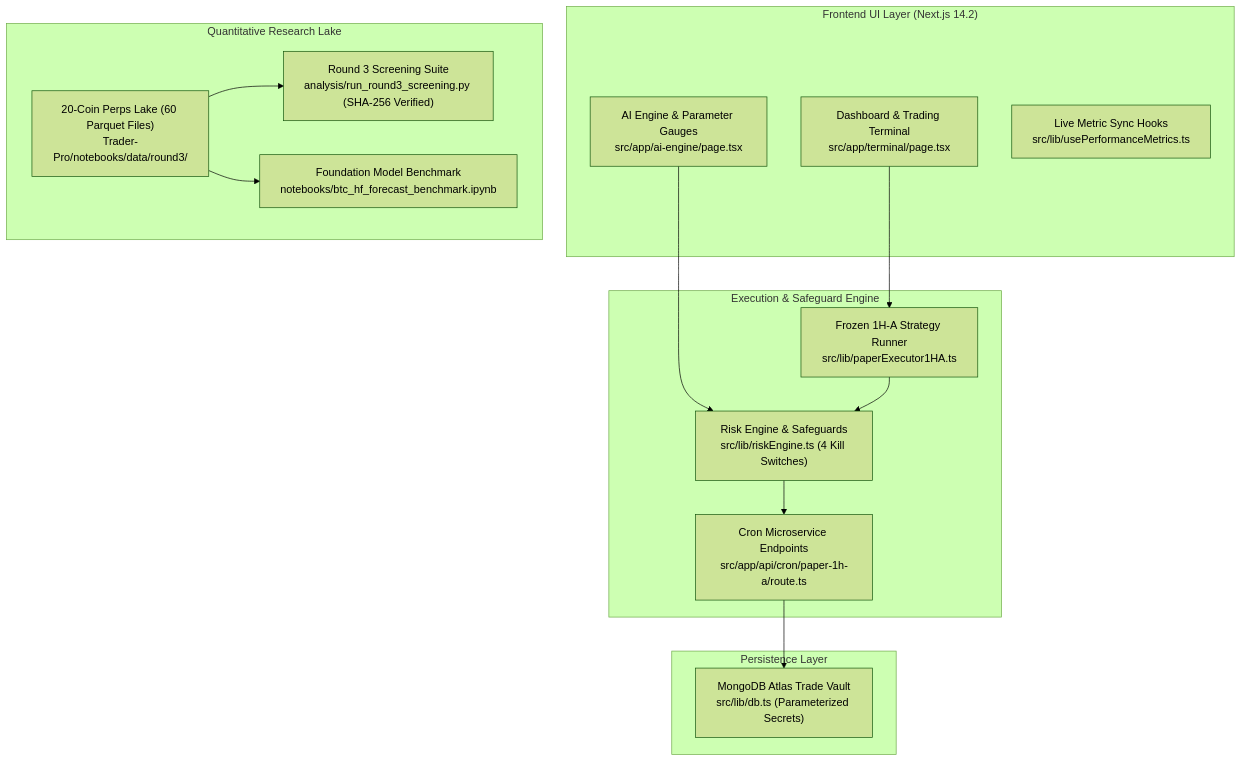
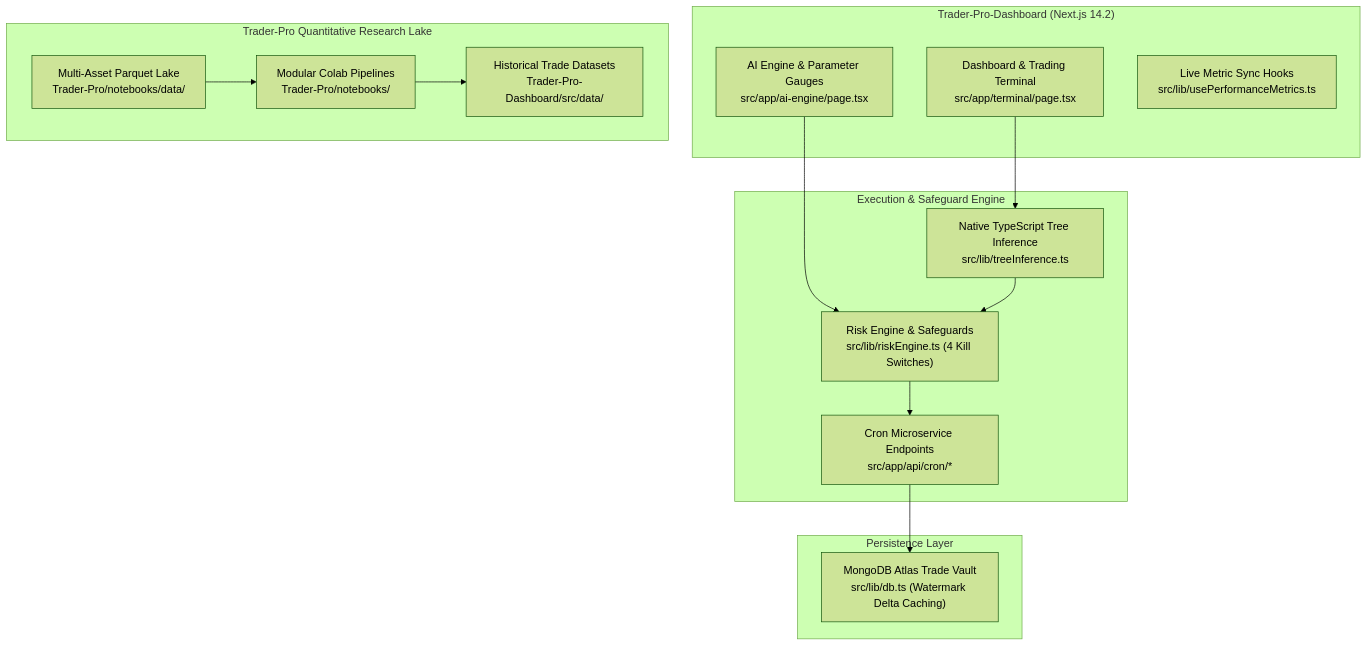
One commit to AnshulParate2004/Trader-Pro-Dashboard changed the third of 3 diagrams in docs/MASTER_SYSTEM_ARCHITECTURE_AND_RESEARCH_DOSSIER.md. Above: the diagram before and after it, drawn with Mermaid (forest theme). The commit also changed other lines of this file and 52 other files, not shown here.

Commit message:
refactor: decouple dashboard from research, migrate notebooks and analysis to Trader-Pro, update docs

````diff
--- a/docs/MASTER_SYSTEM_ARCHITECTURE_AND_RESEARCH_DOSSIER.md
+++ b/docs/MASTER_SYSTEM_ARCHITECTURE_AND_RESEARCH_DOSSIER.md
@@ -135,32 +118,32 @@
 ```mermaid
 flowchart TD
-    subgraph UI_Layer ["Frontend UI Layer (Next.js 14.2)"]
+    subgraph UI_Layer ["Trader-Pro-Dashboard (Next.js 14.2)"]
         A["Dashboard & Trading Terminal<br/>src/app/terminal/page.tsx"]
         B["AI Engine & Parameter Gauges<br/>src/app/ai-engine/page.tsx"]
         C["Live Metric Sync Hooks<br/>src/lib/usePerformanceMetrics.ts"]
     end
 
     subgraph Execution_Core ["Execution & Safeguard Engine"]
-        D["Frozen 1H-A Strategy Runner<br/>src/lib/paperExecutor1HA.ts"]
+        D["Native TypeScript Tree Inference<br/>src/lib/treeInference.ts"]
         E["Risk Engine & Safeguards<br/>src/lib/riskEngine.ts (4 Kill Switches)"]
-        F["Cron Microservice Endpoints<br/>src/app/api/cron/paper-1h-a/route.ts"]
+        F["Cron Microservice Endpoints<br/>src/app/api/cron/*"]
     end
 
     subgraph Persistence ["Persistence Layer"]
-        G["MongoDB Atlas Trade Vault<br/>src/lib/db.ts (Parameterized Secrets)"]
+        G["MongoDB Atlas Trade Vault<br/>src/lib/db.ts (Watermark Delta Caching)"]
     end
 
-    subgraph Quant_Suite ["Quantitative Research Lake"]
-        H["20-Coin Perps Lake (60 Parquet Files)<br/>Trader-Pro/notebooks/data/round3/"]
-        I["Round 3 Screening Suite<br/>analysis/run_round3_screening.py (SHA-256 Verified)"]
-        J["Foundation Model Benchmark<br/>notebooks/btc_hf_forecast_benchmark.ipynb"]
+    subgraph Quant_Suite ["Trader-Pro Quantitative Research Lake"]
+        H["Multi-Asset Parquet Lake<br/>Trader-Pro/notebooks/data/"]
+        I["Modular Colab Pipelines<br/>Trader-Pro/notebooks/"]
+        J["Historical Trade Datasets<br/>Trader-Pro-Dashboard/src/data/"]
     end
 
     A --> D
     B --> E
     D --> E
     E --> F
     F --> G
     H --> I
-    H --> J
+    I --> J
 ```
````
